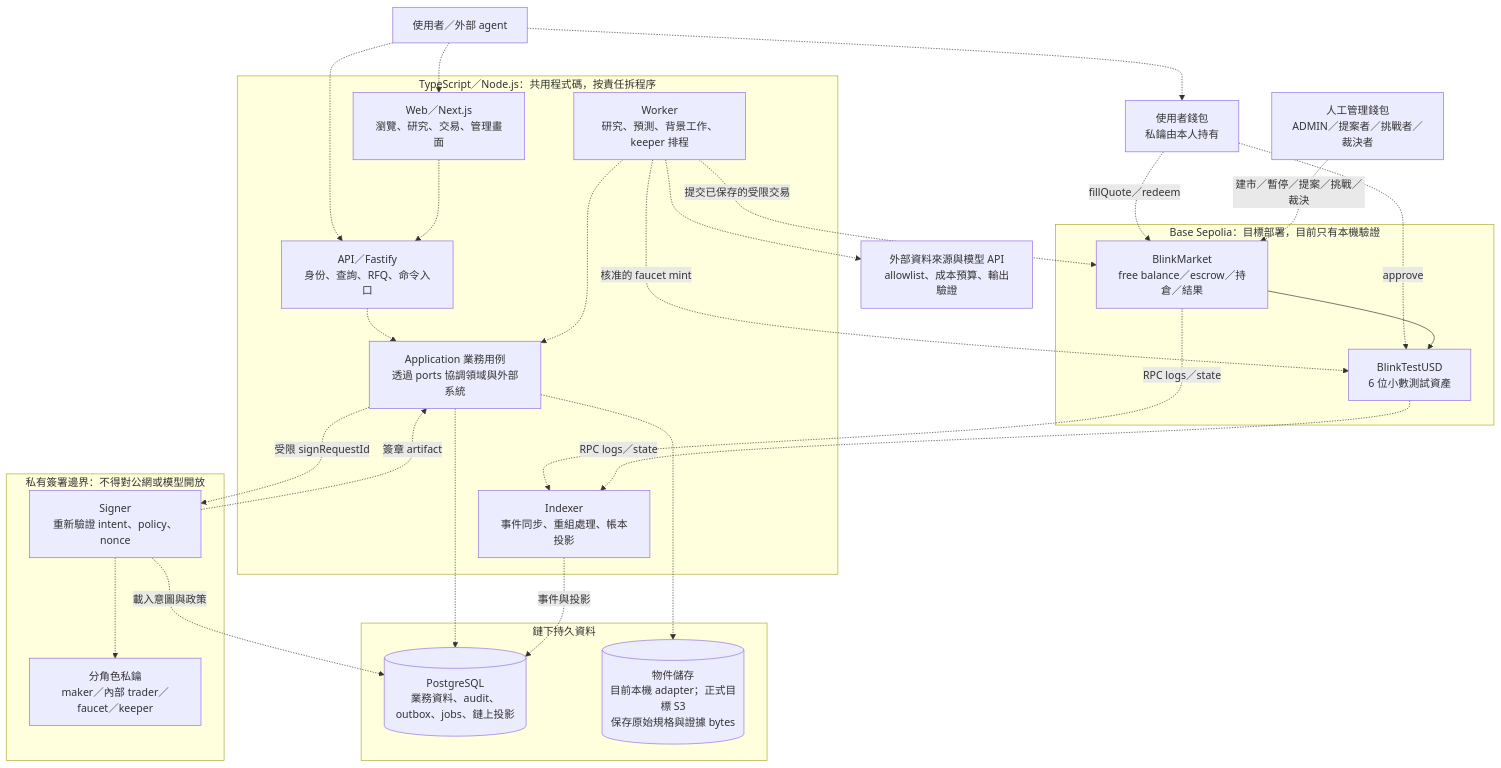
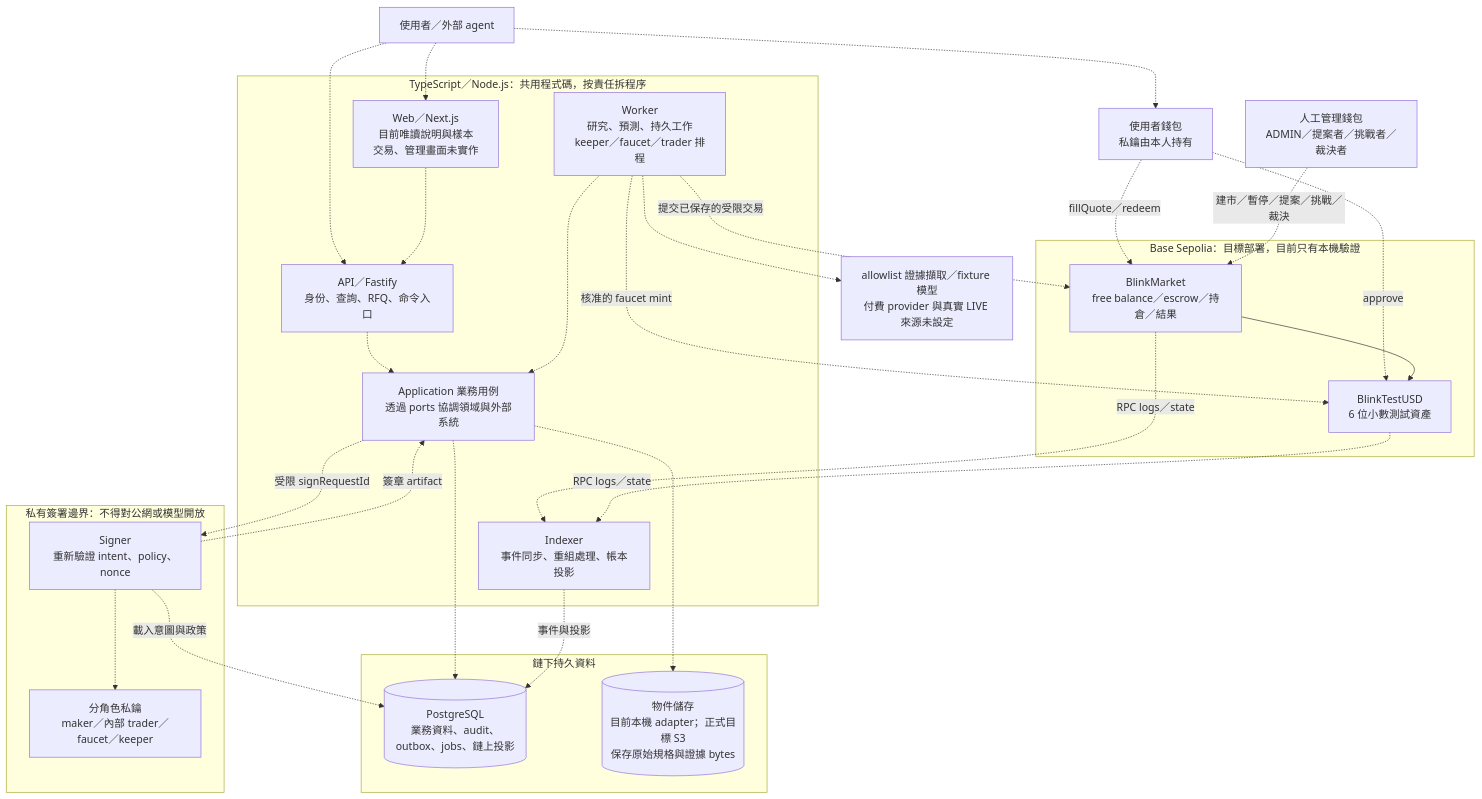
One commit to Blink-Markets/blinkmarket changed the second of 5 diagrams in docs/ARCHITECTURE_GUIDE.md. Above: the diagram before and after it, drawn with Mermaid. The commit also changed other lines of this file and 5 other files, not shown here.

````diff
--- a/docs/ARCHITECTURE_GUIDE.md
+++ b/docs/ARCHITECTURE_GUIDE.md
@@ -52,48 +52,48 @@
 ```mermaid
 flowchart TB
     User["使用者／外部 agent"]
     Wallet["使用者錢包<br/>私鑰由本人持有"]
     Manual["人工管理錢包<br/>ADMIN／提案者／挑戰者／裁決者"]
     subgraph App["TypeScript／Node.js：共用程式碼，按責任拆程序"]
-        Web["Web／Next.js<br/>瀏覽、研究、交易、管理畫面"]
+        Web["Web／Next.js<br/>目前唯讀說明與樣本<br/>交易、管理畫面未實作"]
         API["API／Fastify<br/>身份、查詢、RFQ、命令入口"]
-        Worker["Worker<br/>研究、預測、背景工作、keeper 排程"]
+        Worker["Worker<br/>研究、預測、持久工作<br/>keeper／faucet／trader 排程"]
         Indexer["Indexer<br/>事件同步、重組處理、帳本投影"]
         UseCases["Application 業務用例<br/>透過 ports 協調領域與外部系統"]
     end
     subgraph Private["私有簽署邊界：不得對公網或模型開放"]
         Signer["Signer<br/>重新驗證 intent、policy、nonce"]
         Keys["分角色私鑰<br/>maker／內部 trader／faucet／keeper"]
     end
     subgraph Data["鏈下持久資料"]
         DB[("PostgreSQL<br/>業務資料、audit、outbox、jobs、鏈上投影")]
         Objects[("物件儲存<br/>目前本機 adapter；正式目標 S3<br/>保存原始規格與證據 bytes")]
     end
-    External["外部資料來源與模型 API<br/>allowlist、成本預算、輸出驗證"]
+    External["allowlist 證據擷取／fixture 模型<br/>付費 provider 與真實 LIVE 來源未設定"]
     subgraph Chain["Base Sepolia：目標部署，目前只有本機驗證"]
         Market["BlinkMarket<br/>free balance／escrow／持倉／結果"]
         Token["BlinkTestUSD<br/>6 位小數測試資產"]
     end
     User -.-> Web
     User -.-> API
     User -.-> Wallet
     Web -.-> API
     API -.-> UseCases
     Worker -.-> UseCases
     UseCases -.-> DB
     UseCases -.-> Objects
     Worker -.-> External
     UseCases -. "受限 signRequestId" .-> Signer
     Signer -. "載入意圖與政策" .-> DB
     Signer -.-> Keys
     Signer -. "簽章 artifact" .-> UseCases
     Worker -. "提交已保存的受限交易" .-> Market
     Worker -. "核准的 faucet mint" .-> Token
     Wallet -. "approve" .-> Token
     Wallet -. "fillQuote／redeem" .-> Market
     Manual -. "建市／暫停／提案／挑戰／裁決" .-> Market
     Market --> Token
     Market -. "RPC logs／state" .-> Indexer
     Token -. "RPC logs／state" .-> Indexer
     Indexer -. "事件與投影" .-> DB
 ```
````
